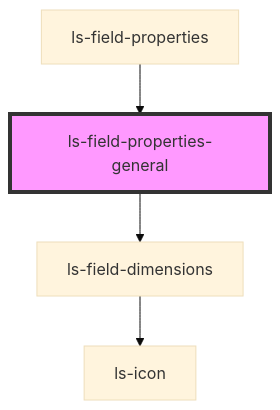
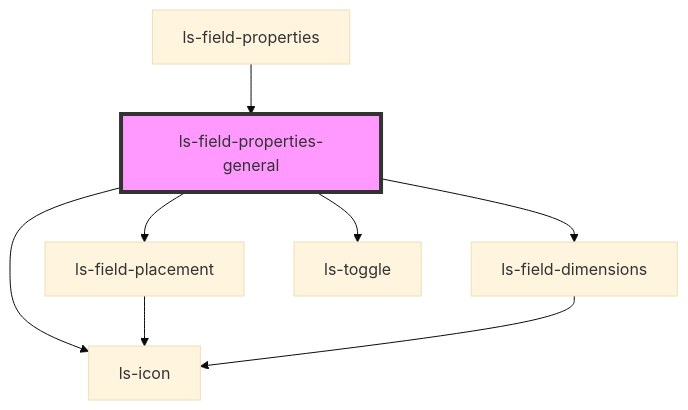
The diagram in src/components/ls-field-properties-general/readme.md (legalesign/ls-document-viewer), drawn with Mermaid (base theme) before and after one commit. The commit also changed other lines of this file and 15 other files, not shown here.

````diff
--- a/src/components/ls-field-properties-general/readme.md
+++ b/src/components/ls-field-properties-general/readme.md
@@ -26,7 +30,11 @@
 ```mermaid
 graph TD;
+  ls-field-properties-general --> ls-field-placement
   ls-field-properties-general --> ls-field-dimensions
+  ls-field-properties-general --> ls-icon
+  ls-field-properties-general --> ls-toggle
+  ls-field-placement --> ls-icon
   ls-field-dimensions --> ls-icon
   ls-field-properties --> ls-field-properties-general
   style ls-field-properties-general fill:#f9f,stroke:#333,stroke-width:4px
 ```
````
